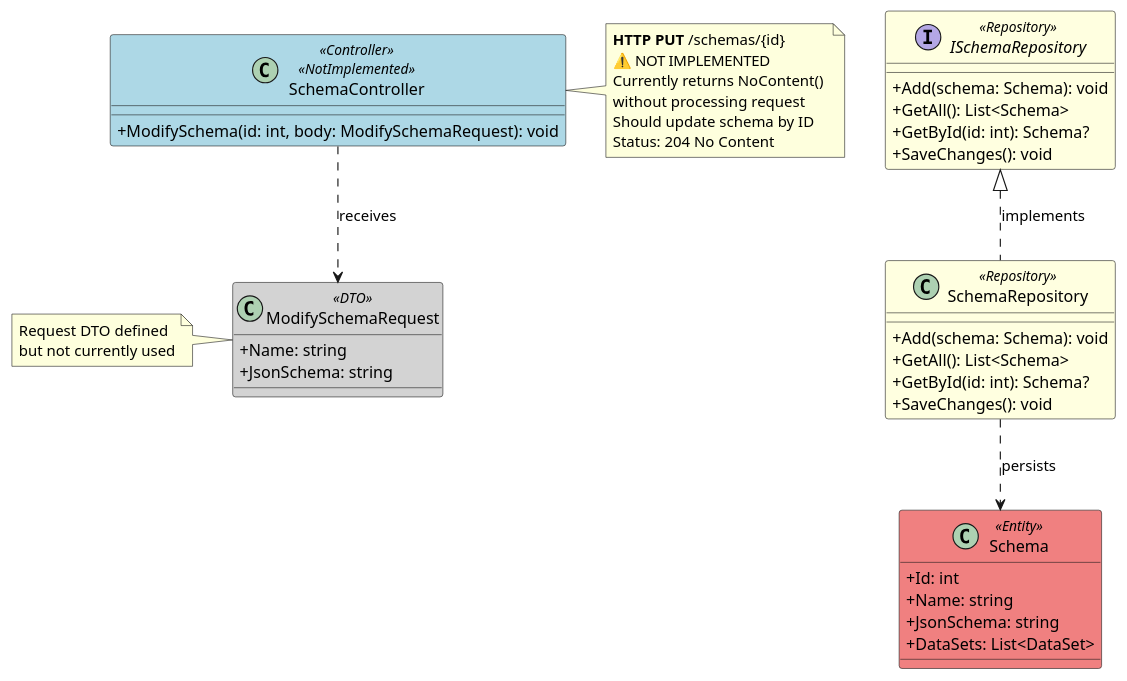
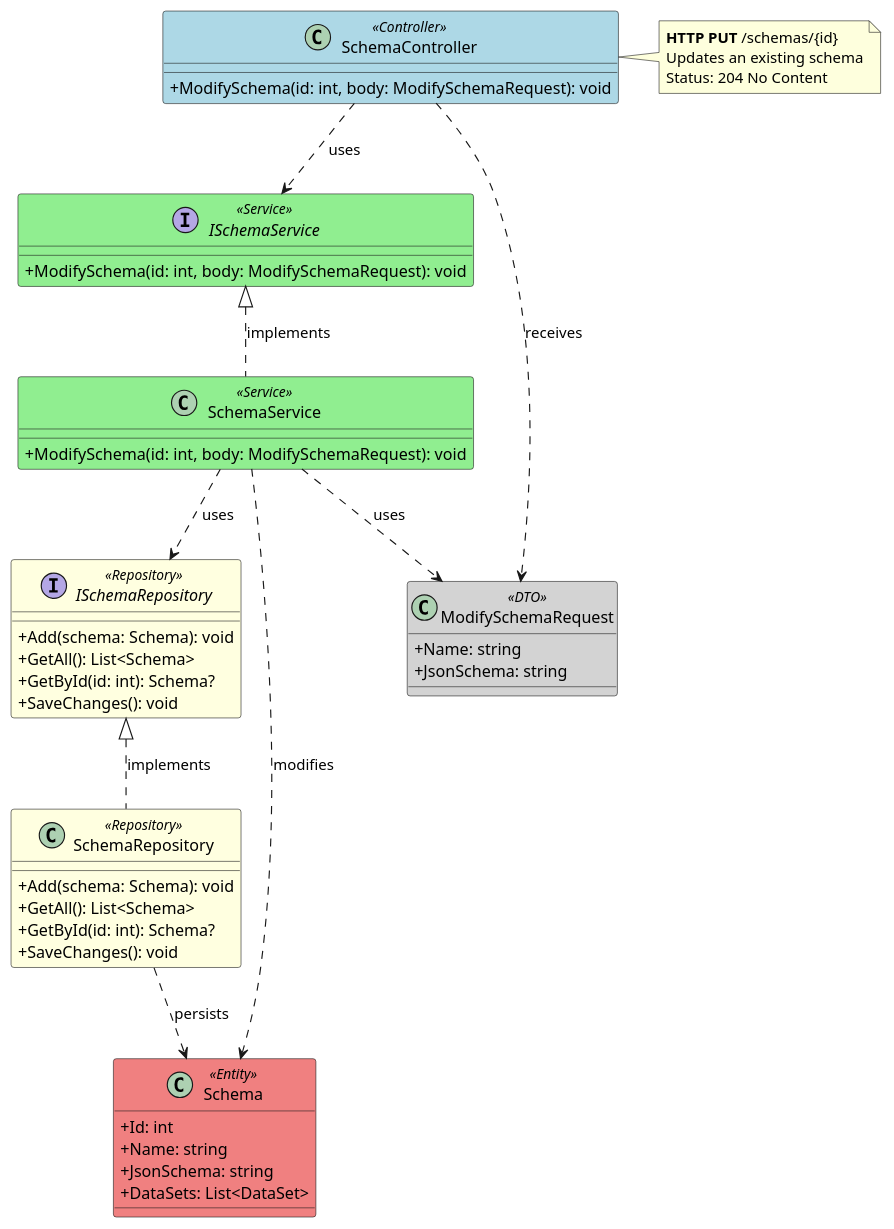
The diagram in docs/plantuml/schema_modify.puml (Kuaaro/ProjOpro-Back), drawn with PlantUML before and after one commit. The commit also changed 3 other files, not shown here.

Commit message:
feat: implement schema modification endpoint and service logic.

```diff
--- a/docs/plantuml/schema_modify.puml
+++ b/docs/plantuml/schema_modify.puml
@@ -1,67 +1,70 @@
 @startuml Schema_ModifySchema_Endpoint
 
 ' Endpoint: PUT /schemas/{id}
 ' Controller: SchemaController
 ' Method: ModifySchema
-' NOTE: This endpoint is NOT IMPLEMENTED - returns NoContent() without processing
 
 skinparam classAttributeIconSize 0
 skinparam class {
     BackgroundColor<<Controller>> LightBlue
     BackgroundColor<<Service>> LightGreen
     BackgroundColor<<Repository>> LightYellow
     BackgroundColor<<Entity>> LightCoral
     BackgroundColor<<DTO>> LightGray
-    BackgroundColor<<NotImplemented>> #FFE6E6
 }
 
-class SchemaController <<Controller>> <<NotImplemented>> {
+class SchemaController <<Controller>> {
+    + ModifySchema(id: int, body: ModifySchemaRequest): void
+}
+
+interface ISchemaService <<Service>> {
+    + ModifySchema(id: int, body: ModifySchemaRequest): void
+}
+
+class SchemaService <<Service>> {
     + ModifySchema(id: int, body: ModifySchemaRequest): void
 }
 
 class ModifySchemaRequest <<DTO>> {
     + Name: string
     + JsonSchema: string
 }
 
 interface ISchemaRepository <<Repository>> {
     + Add(schema: Schema): void
     + GetAll(): List<Schema>
     + GetById(id: int): Schema?
     + SaveChanges(): void
 }
 
 class SchemaRepository <<Repository>> {
     + Add(schema: Schema): void
     + GetAll(): List<Schema>
     + GetById(id: int): Schema?
     + SaveChanges(): void
 }
 
 class Schema <<Entity>> {
     + Id: int
     + Name: string
     + JsonSchema: string
     + DataSets: List<DataSet>
 }
 
-' Relationships (dashed to indicate not implemented)
+' Relationships
+SchemaController ..> ISchemaService : uses
 SchemaController ..> ModifySchemaRequest : receives
+ISchemaService <|.. SchemaService : implements
+SchemaService ..> ISchemaRepository : uses
+SchemaService ..> ModifySchemaRequest : uses
+SchemaService ..> Schema : modifies
 ISchemaRepository <|.. SchemaRepository : implements
 SchemaRepository ..> Schema : persists
 
 note right of SchemaController
   **HTTP PUT** /schemas/{id}
-  ⚠️ NOT IMPLEMENTED
-  Currently returns NoContent() 
-  without processing request
-  Should update schema by ID
+  Updates an existing schema
   Status: 204 No Content
 end note
 
-note left of ModifySchemaRequest
-  Request DTO defined
-  but not currently used
-end note
-
 @enduml
```
